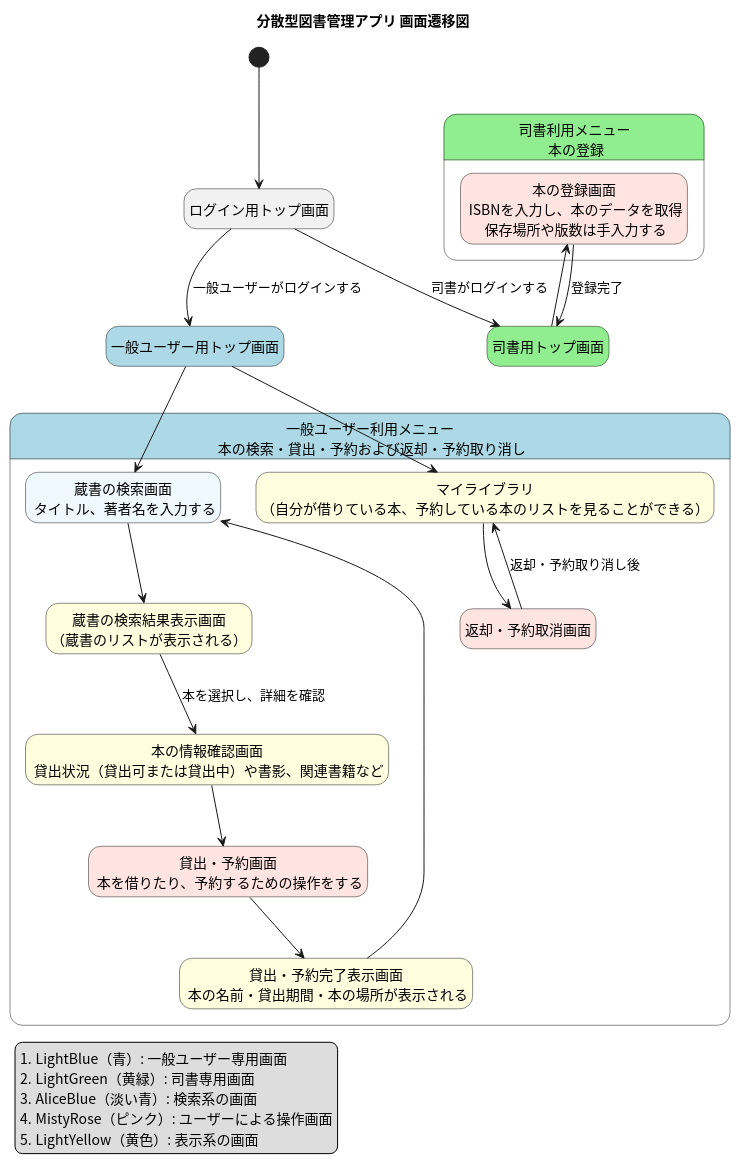
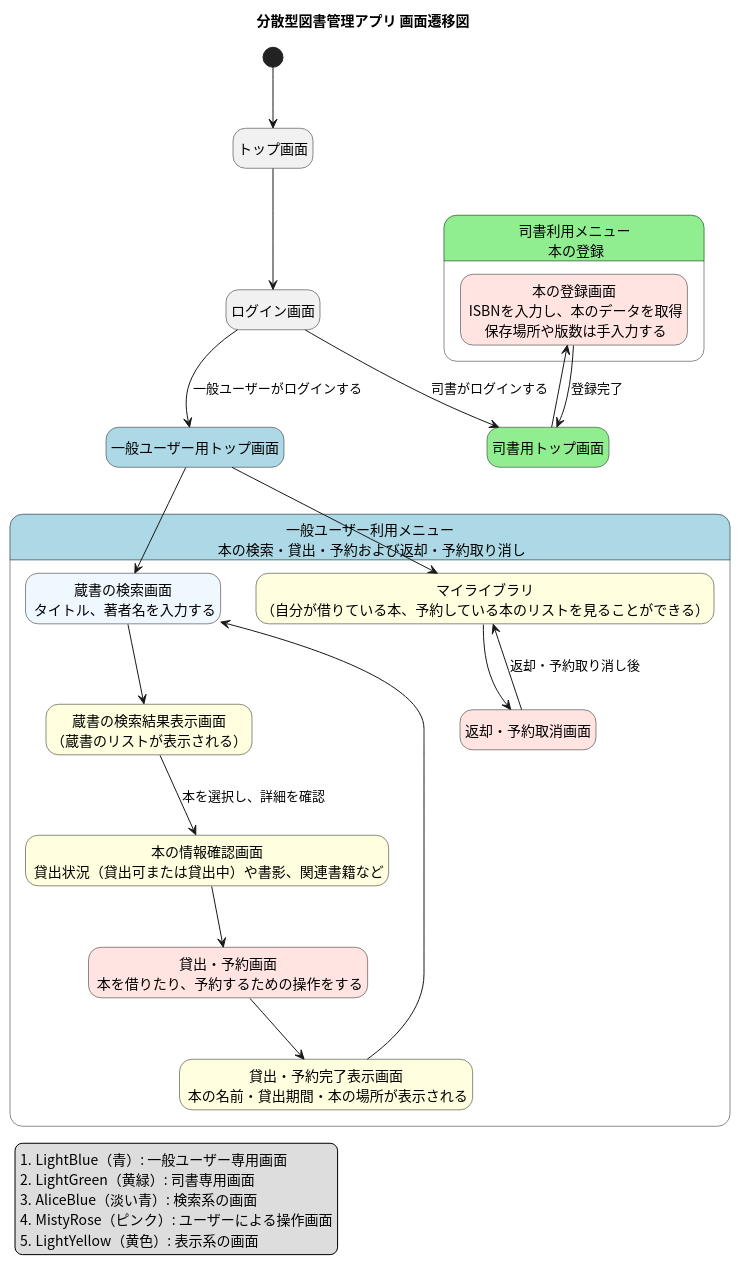
Before and after one commit to tomoki-shiozaki/distributed-library: the diagram in docs/screen_flow/screen_flow_diagram.pu, drawn with PlantUML. The commit also changed 1 other file, not shown here.

Commit message:
docs(screen flow): add login page to whole screen diagram

```diff
--- a/docs/screen_flow/screen_flow_diagram.pu
+++ b/docs/screen_flow/screen_flow_diagram.pu
@@ -1,63 +1,65 @@
 @startuml screen_flow
 skinparam defaultFontName "Noto Sans CJK JP"
 hide empty description
 
 title 分散型図書管理アプリ 画面遷移図   
 
 legend left
 #LightBlue（青）: 一般ユーザー専用画面
 #LightGreen（黄緑）: 司書専用画面
 #AliceBlue（淡い青）: 検索系の画面
 #MistyRose（ピンク）: ユーザーによる操作画面
 #LightYellow（黄色）: 表示系の画面
 end legend
 
 [*] --> notLogin
 
-    state "ログイン用トップ画面" as notLogin
+    state "トップ画面" as notLogin
+    state "ログイン画面" as login
     state "一般ユーザー用トップ画面" as user #LightBlue
     state "司書用トップ画面" as librarian #LightGreen
-    notLogin --> user : 一般ユーザーがログインする
-    notLogin --> librarian : 司書がログインする
+    notLogin --> login 
+    login --> user : 一般ユーザーがログインする
+    login --> librarian : 司書がログインする
 
 
 state "司書利用メニュー\n 本の登録" as bookManagement #LightGreen {
     state "本の登録画面\n ISBNを入力し、本のデータを取得\n 保存場所や版数は手入力する" as bookRegistration <<操作>>
 }
 librarian --> bookRegistration
 bookRegistration --> librarian : 登録完了
 
 
 
 state "一般ユーザー利用メニュー\n 本の検索・貸出・予約および返却・予約取り消し" as bookUse #LightBlue {
     state "蔵書の検索画面\n タイトル、著者名を入力する" as bookSearch <<検索>> 
     state "蔵書の検索結果表示画面\n（蔵書のリストが表示される）" as searchResult <<表示>>
     state "本の情報確認画面\n 貸出状況（貸出可または貸出中）や書影、関連書籍など" as bookStatus <<表示>>
     state "貸出・予約画面\n 本を借りたり、予約するための操作をする" as borrowAndBook <<操作>>
     state "貸出・予約完了表示画面\n 本の名前・貸出期間・本の場所が表示される" as borrowCompletion <<表示>>
     
     state "マイライブラリ\n（自分が借りている本、予約している本のリストを見ることができる）" as borrowingBooks <<表示>>
     state "返却・予約取消画面" as returnAndCancelReservation <<操作>>
 
     ' 本の貸出の流れ
     bookSearch --> searchResult
     searchResult --> bookStatus : 本を選択し、詳細を確認
     bookStatus --> borrowAndBook
     borrowAndBook --> borrowCompletion
     borrowCompletion --> bookSearch 
     
     ' 本の返却の流れ
     borrowingBooks --> returnAndCancelReservation
     returnAndCancelReservation --> borrowingBooks : 返却・予約取り消し後
 }
 user --> bookSearch
 user --> borrowingBooks
 
 skinparam state {
   BackgroundColor<<検索>> AliceBlue
   BackgroundColor<<操作>> MistyRose
   BackgroundColor<<表示>> LightYellow
 }
 
 
 @enduml
```
